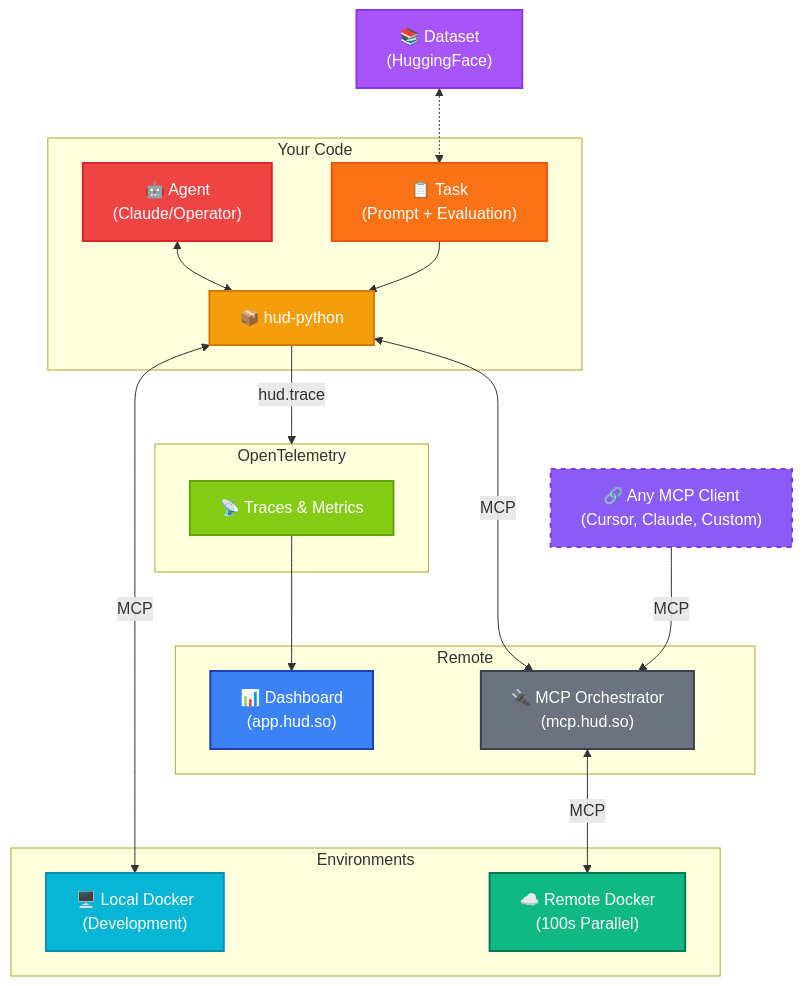
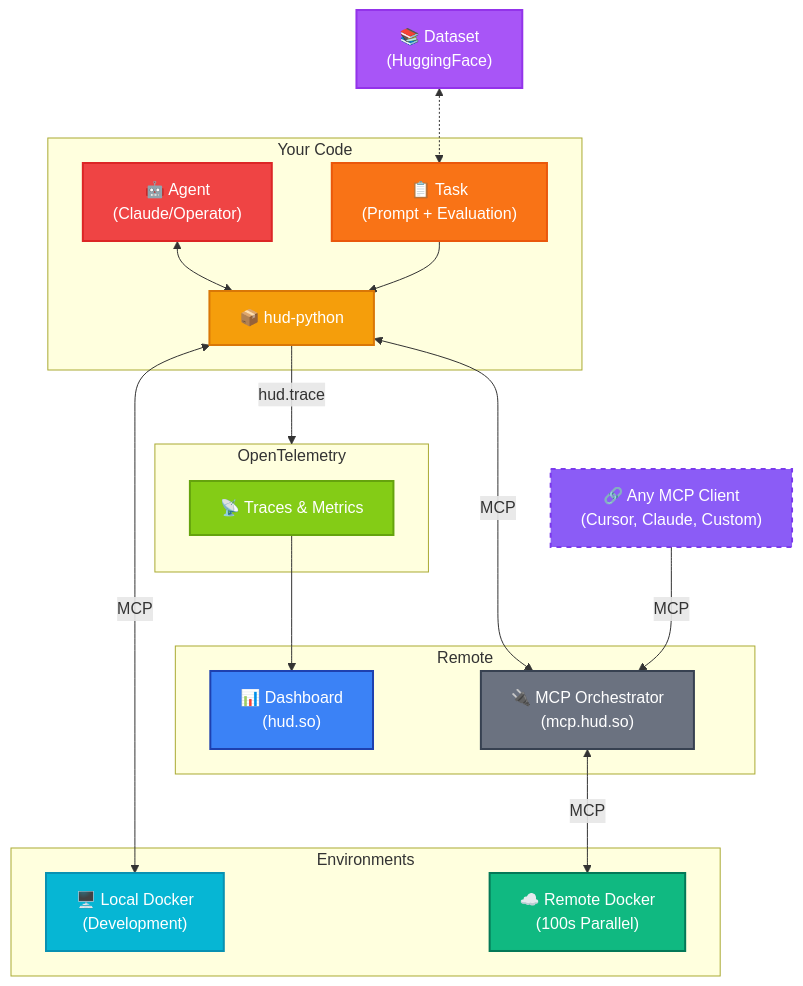
One commit to shfunc/hud-python changed the diagram in docs/core-concepts/architecture.mdx. Above: the diagram before and after it, drawn with Mermaid. The commit also changed other lines of this file and 23 other files, not shown here.

````diff
--- a/docs/core-concepts/architecture.mdx
+++ b/docs/core-concepts/architecture.mdx
@@ -11,48 +11,48 @@
 ```mermaid
 graph TB
     subgraph "Remote"
-        Dashboard["📊 Dashboard<br/>(app.hud.so)"]
+        Dashboard["📊 Dashboard<br/>(hud.so)"]
         API["🔌 MCP Orchestrator<br/>(mcp.hud.so)"]
     end
     
     subgraph Code["Your Code"]
         Agent["🤖 Agent<br/>(Claude/Operator)"]
         Task["📋 Task<br/>(Prompt + Evaluation)"]
         SDK["📦 hud-python"]
     end
     
     subgraph "Environments"
         LocalEnv["🖥️ Local Docker<br/>(Development)"]
         RemoteEnv["☁️ Remote Docker<br/>(100s Parallel)"]
     end
     
     subgraph "OpenTelemetry"
         Trace["📡 Traces & Metrics"]
     end
     
     Dataset["📚 Dataset<br/>(HuggingFace)"]
     
     AnyMCP["🔗 Any MCP Client<br/>(Cursor, Claude, Custom)"]
     
     Agent <--> SDK
     Task --> SDK
     Dataset <-.-> Task
     SDK <-->|"MCP"| LocalEnv
     SDK <-->|"MCP"| API
     API  <-->|"MCP"| RemoteEnv
     SDK  -->|"hud.trace"| OpenTelemetry
     Trace --> Dashboard
     AnyMCP -->|"MCP"| API
     
     style Dashboard fill:#3b82f6,stroke:#1e40af,stroke-width:2px,color:#ffffff
     style API fill:#6b7280,stroke:#374151,stroke-width:2px,color:#ffffff
     style Agent fill:#ef4444,stroke:#dc2626,stroke-width:2px,color:#ffffff
     style Task fill:#f97316,stroke:#ea580c,stroke-width:2px,color:#ffffff
     style SDK fill:#f59e0b,stroke:#d97706,stroke-width:2px,color:#ffffff
     style LocalEnv fill:#06b6d4,stroke:#0891b2,stroke-width:2px,color:#ffffff
     style RemoteEnv fill:#10b981,stroke:#047857,stroke-width:2px,color:#ffffff
     style Trace fill:#84cc16,stroke:#65a30d,stroke-width:2px,color:#ffffff
     style Dataset fill:#a855f7,stroke:#9333ea,stroke-width:2px,color:#ffffff
     style AnyMCP fill:#8b5cf6,stroke:#7c3aed,stroke-width:2px,color:#ffffff,stroke-dasharray: 5 5
   
 ```
````
